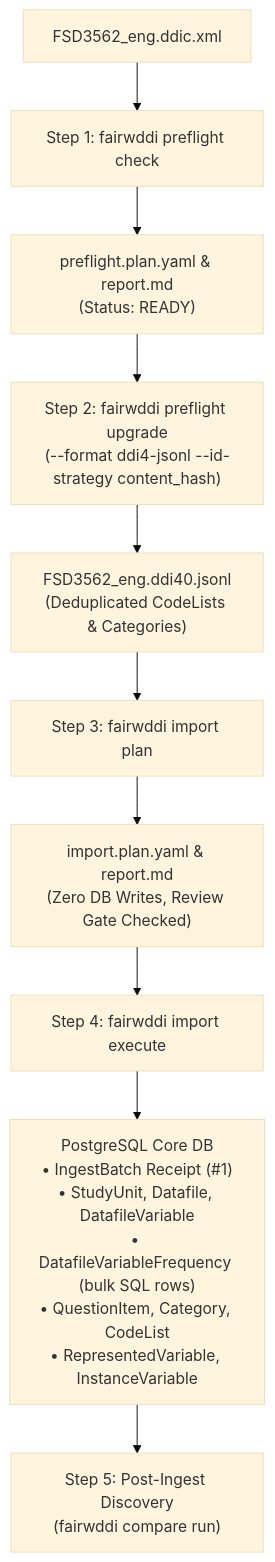
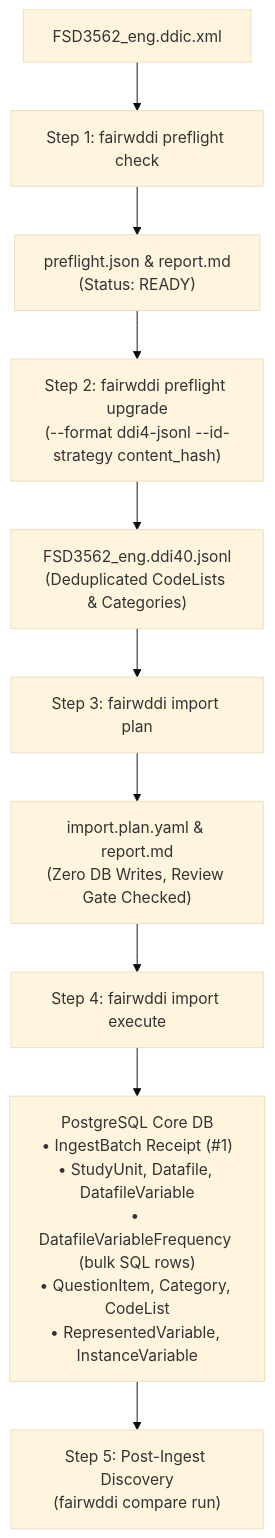
The first of 5 diagrams in deliverables/research/ingestion_workflows.md (PlgaH/fairwddi-wp3-3), drawn with Mermaid (base theme) before and after one commit. The commit also changed other lines of this file and 26 other files, not shown here.

Commit message:
docs: update CLI user guide and diagrams for preflight and import workflows

````diff
--- a/deliverables/research/ingestion_workflows.md
+++ b/deliverables/research/ingestion_workflows.md
@@ -28,12 +28,12 @@
 ```mermaid
 flowchart TD
     A["FSD3562_eng.ddic.xml"] --> B["Step 1: fairwddi preflight check"]
-    B --> C["preflight.plan.yaml & report.md\n(Status: READY)"]
+    B --> C["preflight.json &amp; report.md\n(Status: READY)"]
     C --> D["Step 2: fairwddi preflight upgrade\n(--format ddi4-jsonl --id-strategy content_hash)"]
     D --> E["FSD3562_eng.ddi40.jsonl\n(Deduplicated CodeLists & Categories)"]
     E --> F["Step 3: fairwddi import plan"]
     F --> G["import.plan.yaml & report.md\n(Zero DB Writes, Review Gate Checked)"]
     G --> H["Step 4: fairwddi import execute"]
     H --> I["PostgreSQL Core DB\n• IngestBatch Receipt (#1)\n• StudyUnit, Datafile, DatafileVariable\n• DatafileVariableFrequency (bulk SQL rows)\n• QuestionItem, Category, CodeList\n• RepresentedVariable, InstanceVariable"]
     I --> J["Step 5: Post-Ingest Discovery\n(fairwddi compare run)"]
 ```
````
